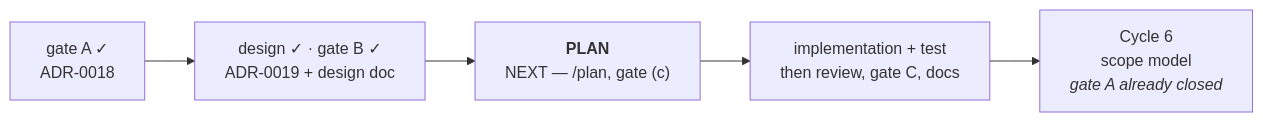
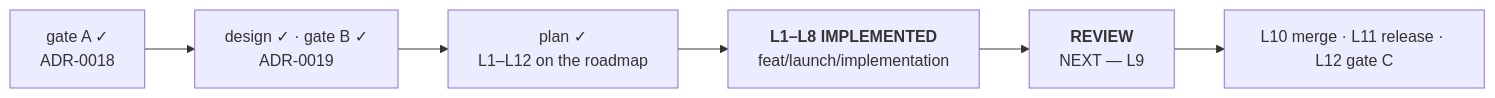
One commit to alergyonthestage/ytdl changed the diagram in docs/maintainers/handoff.md. Above: the diagram before and after it, drawn with Mermaid. The commit also changed other lines of this file and 1 other file, not shown here.

First line of the commit message:
docs(process): replace the handoff with the state the implementation leaves

````diff
--- a/docs/maintainers/handoff.md
+++ b/docs/maintainers/handoff.md
@@ -10,7 +10,8 @@
 ```mermaid
 flowchart LR
-  A["gate A ✓<br/>ADR-0018"] --> D["design ✓ · gate B ✓<br/>ADR-0019 + design doc"]
-  D --> P["<b>PLAN</b><br/>NEXT — /plan, gate (c)"]
-  P --> I["implementation + test<br/>then review, gate C, docs"]
-  I --> M["Cycle 6<br/>scope model<br/><i>gate A already closed</i>"]
+  A["gate A ✓<br/>ADR-0018"] --> D["design ✓ · gate B ✓<br/>ADR-0019"]
+  D --> P["plan ✓<br/>L1–L12 on the roadmap"]
+  P --> I["<b>L1–L8 IMPLEMENTED</b><br/>feat/launch/implementation"]
+  I --> R["<b>REVIEW</b><br/>NEXT — L9"]
+  R --> M["L10 merge · L11 release · L12 gate C"]
 ```
````
